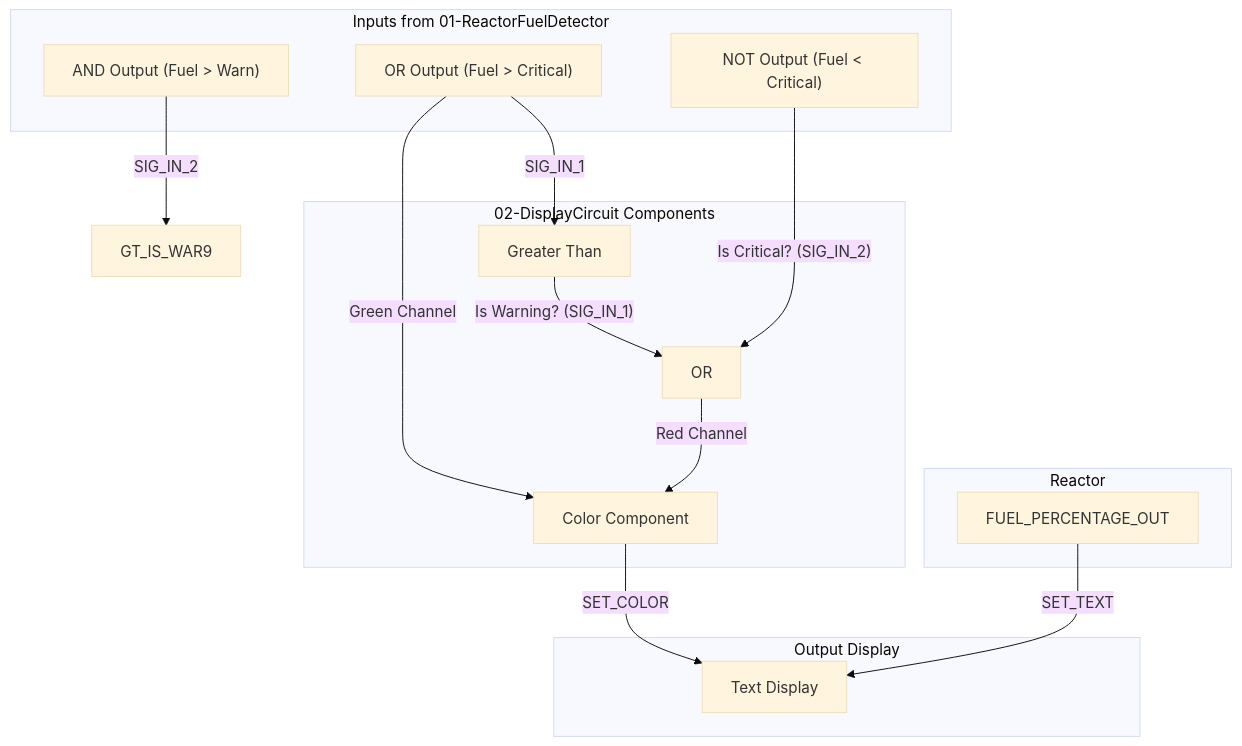
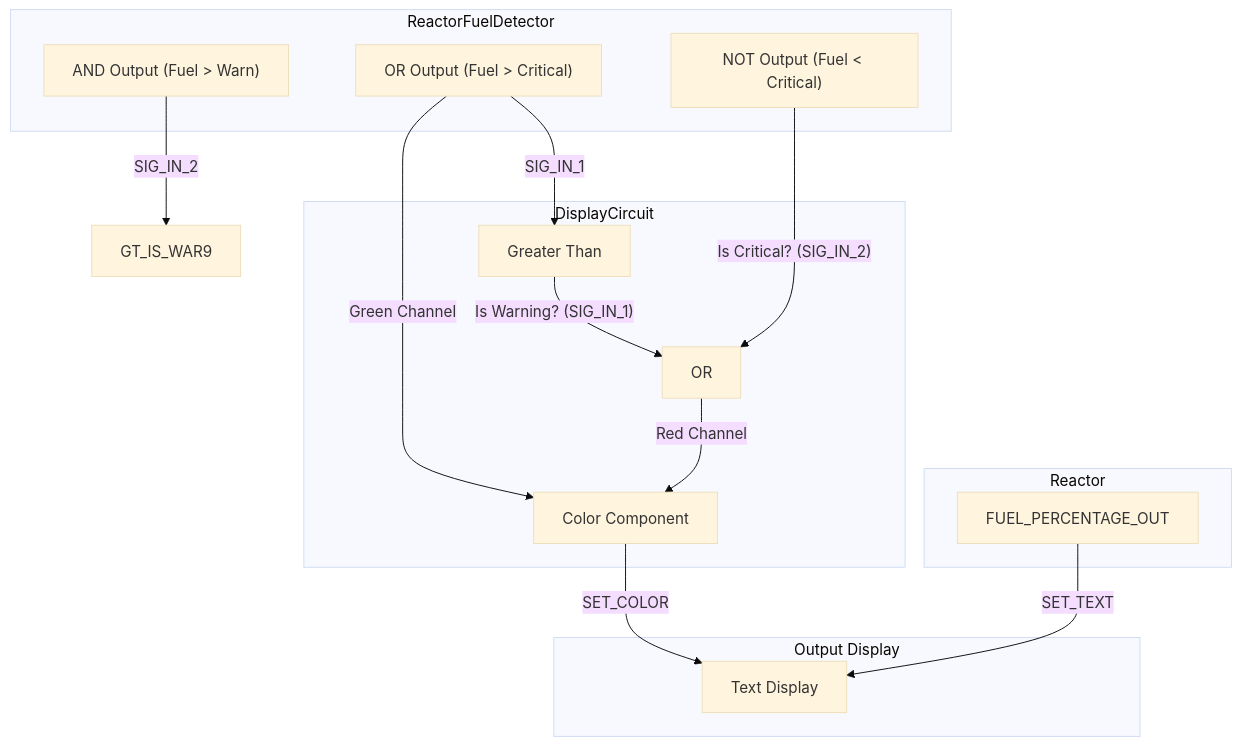
The diagram in summer_2k25_0/02-ReactorFuelDisplay.md (Xavrax/barotrauma), drawn with Mermaid (base theme) before and after one commit.

````diff
--- a/summer_2k25_0/02-ReactorFuelDisplay.md
+++ b/summer_2k25_0/02-ReactorFuelDisplay.md
@@ -45,35 +45,35 @@
 ```mermaid
 graph TD
-    subgraph "Inputs from 01-ReactorFuelDetector"
+    subgraph "ReactorFuelDetector"
         IN_AND["AND Output (Fuel > Warn)"]
         IN_OR["OR Output (Fuel > Critical)"]
         IN_NOT["NOT Output (Fuel < Critical)"]
     end
 
     subgraph "Reactor"
         FUEL_PERCENT["FUEL_PERCENTAGE_OUT"]
     end
 
-    subgraph "02-DisplayCircuit Components"
+    subgraph "DisplayCircuit"
         GT_IS_WARN["Greater Than"]
         OR_WARN_OR_CRIT["OR"]
         COLOR["Color Component"]
     end
 
     subgraph "Output Display"
         TEXT_DISPLAY["Text Display"]
     end
     
     IN_OR -- "SIG_IN_1" --> GT_IS_WARN
     IN_AND -- "SIG_IN_2" --> GT_IS_WAR9
 
     GT_IS_WARN -- "Is Warning? (SIG_IN_1)" --> OR_WARN_OR_CRIT
     IN_NOT -- "Is Critical? (SIG_IN_2)" --> OR_WARN_OR_CRIT
     
     OR_WARN_OR_CRIT -- "Red Channel" --> COLOR
     IN_OR -- "Green Channel" --> COLOR
 
     COLOR -- "SET_COLOR" --> TEXT_DISPLAY
     FUEL_PERCENT -- "SET_TEXT" --> TEXT_DISPLAY
 
 ```
````
